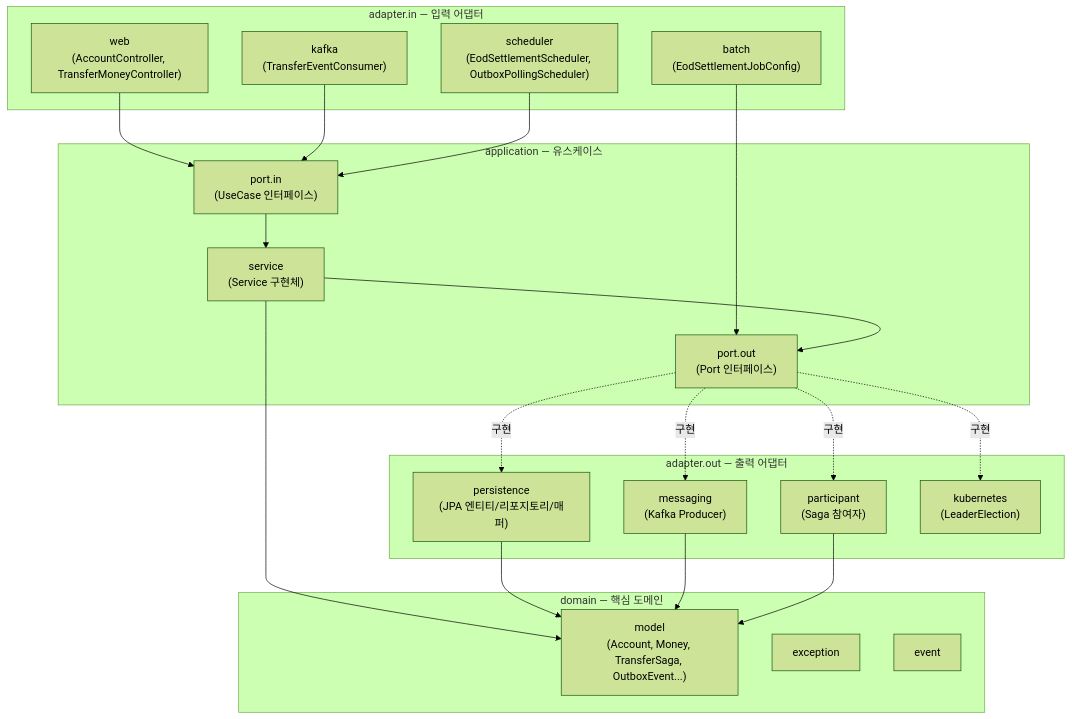
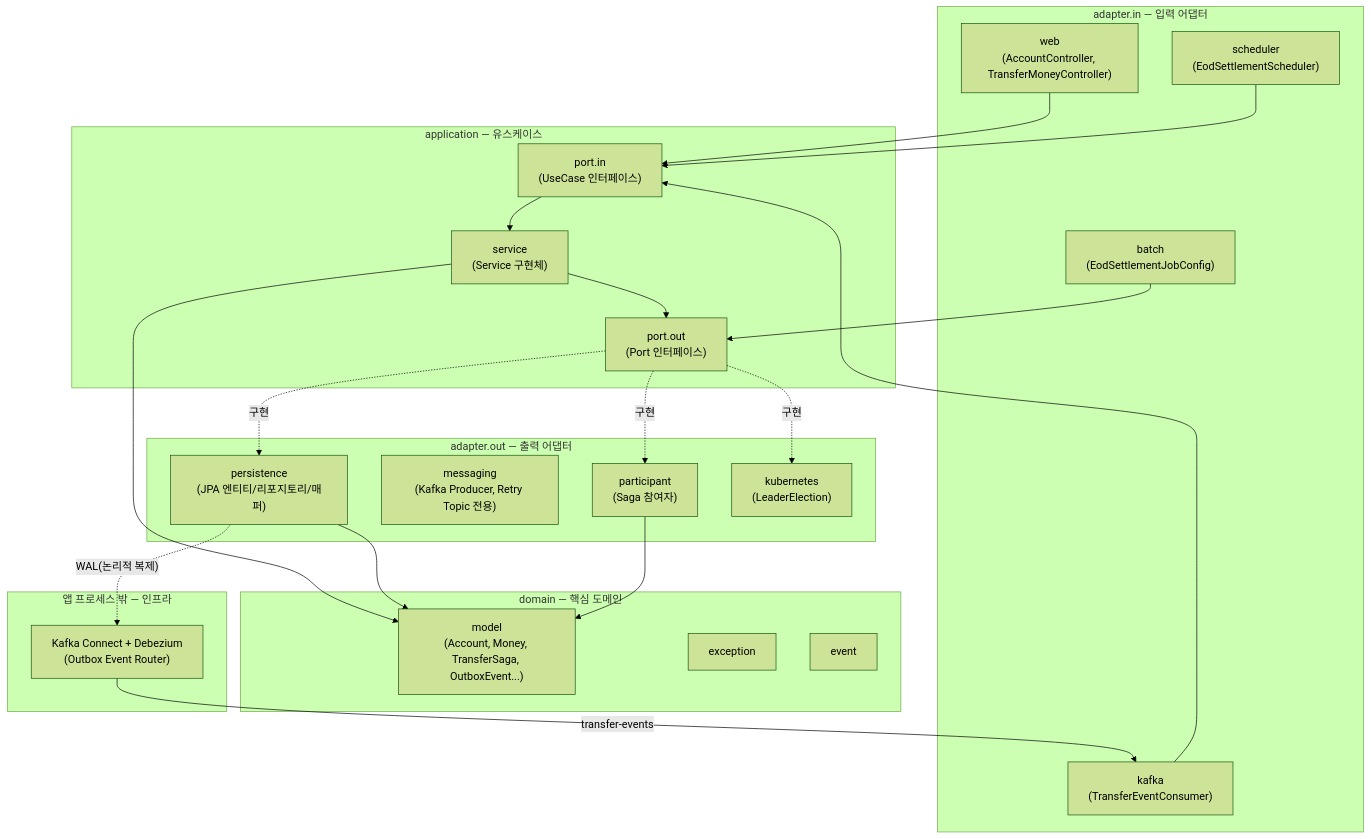
Before and after one commit to farmer0010/fbrl-backend: the diagram in README.md, drawn with Mermaid (forest theme). The commit also changed other lines of this file and 18 other files, not shown here.

First line of the commit message:
feat: Outbox Polling을 Debezium CDC로 전환

````diff
--- a/README.md
+++ b/README.md
@@ -24,46 +24,51 @@
 ```mermaid
 graph TB
     subgraph adapter_in["adapter.in — 입력 어댑터"]
         WEB["web<br/>(AccountController, TransferMoneyController)"]
         KAFKA_IN["kafka<br/>(TransferEventConsumer)"]
         BATCH["batch<br/>(EodSettlementJobConfig)"]
-        SCHED["scheduler<br/>(EodSettlementScheduler, OutboxPollingScheduler)"]
+        SCHED["scheduler<br/>(EodSettlementScheduler)"]
     end
 
     subgraph application["application — 유스케이스"]
         PORT_IN["port.in<br/>(UseCase 인터페이스)"]
         SERVICE["service<br/>(Service 구현체)"]
         PORT_OUT["port.out<br/>(Port 인터페이스)"]
     end
 
     subgraph domain["domain — 핵심 도메인"]
         MODEL["model<br/>(Account, Money, TransferSaga, OutboxEvent...)"]
         EXC["exception"]
         EVENT["event"]
     end
 
     subgraph adapter_out["adapter.out — 출력 어댑터"]
         PERSIST["persistence<br/>(JPA 엔티티/리포지토리/매퍼)"]
-        MSG["messaging<br/>(Kafka Producer)"]
+        MSG["messaging<br/>(Kafka Producer, Retry Topic 전용)"]
         PARTICIPANT["participant<br/>(Saga 참여자)"]
         K8S["kubernetes<br/>(LeaderElection)"]
+    end
+
+    subgraph external_infra["앱 프로세스 밖 — 인프라"]
+        CDC["Kafka Connect + Debezium<br/>(Outbox Event Router)"]
     end
 
     WEB --> PORT_IN
     KAFKA_IN --> PORT_IN
     BATCH --> PORT_OUT
     SCHED --> PORT_IN
 
     PORT_IN --> SERVICE
     SERVICE --> MODEL
     SERVICE --> PORT_OUT
 
     PORT_OUT -.구현.-> PERSIST
-    PORT_OUT -.구현.-> MSG
     PORT_OUT -.구현.-> PARTICIPANT
     PORT_OUT -.구현.-> K8S
 
     PERSIST --> MODEL
-    MSG --> MODEL
     PARTICIPANT --> MODEL
+
+    PERSIST -. "WAL(논리적 복제)" .-> CDC
+    CDC -- "transfer-events" --> KAFKA_IN
 ```
````
